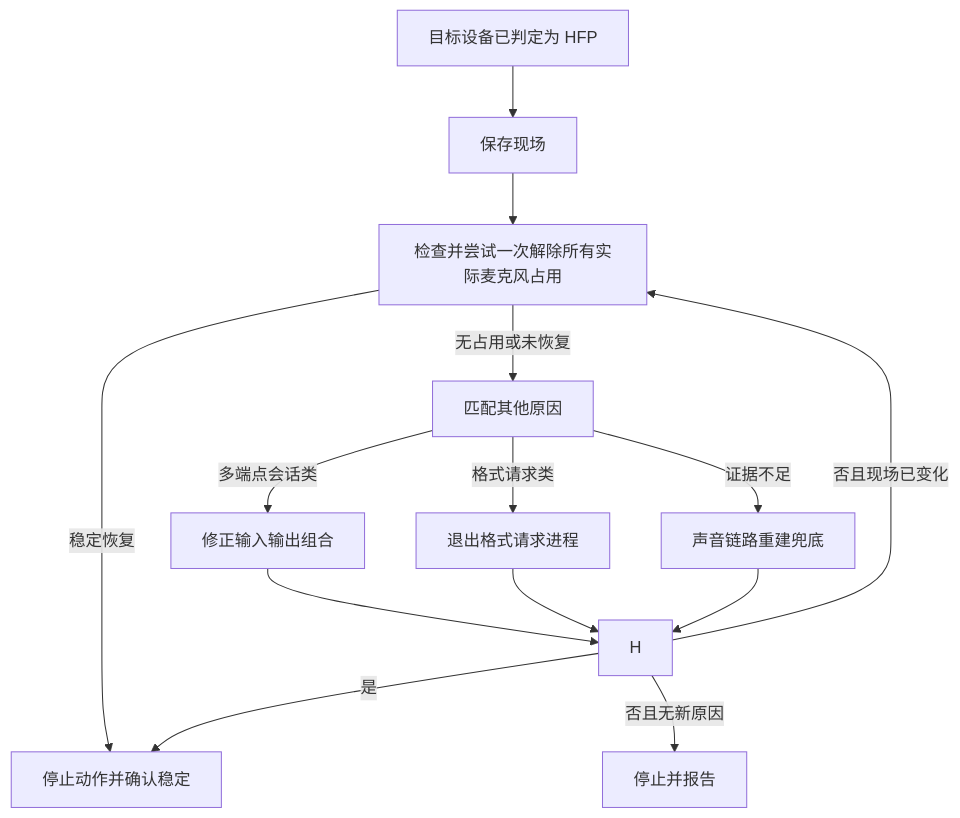
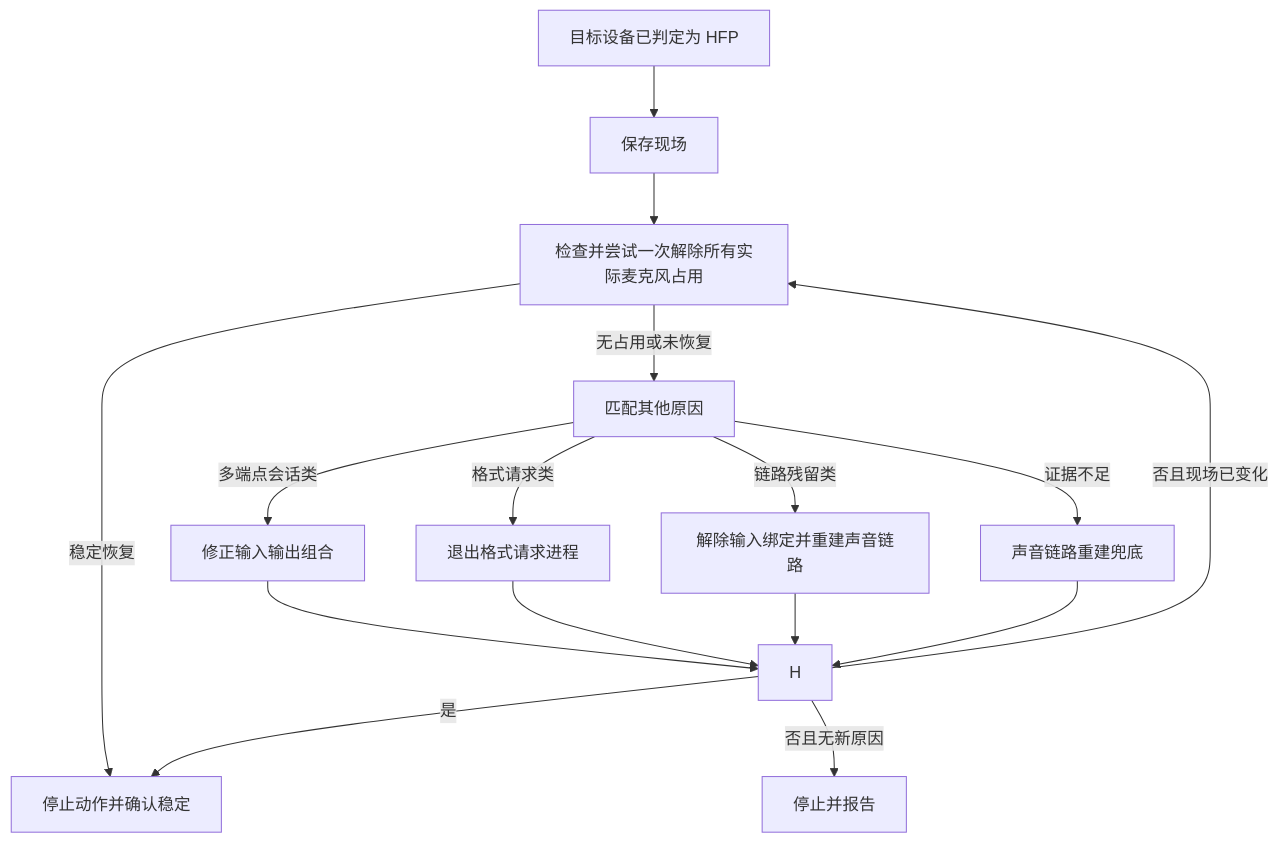
One commit to andy-JustSayWhen/fix-Bluetooth-earphone-audio-problem changed the diagram in reference/SPEC/HFP模式一键修复方案.md. Above: the diagram before and after it, drawn with Mermaid. The commit also changed other lines of this file and 2 other files, not shown here.

````diff
--- a/reference/SPEC/HFP模式一键修复方案.md
+++ b/reference/SPEC/HFP模式一键修复方案.md
@@ -32,16 +32,18 @@
 ```mermaid
 flowchart TD
     A[目标设备已判定为 HFP] --> B[保存现场]
     B --> C[检查并尝试一次解除所有实际麦克风占用]
     C -->|稳定恢复| I[停止动作并确认占用状态]
     C -->|无占用或未恢复| K[匹配其他原因]
     K -->|多端点会话类| E[修正输入输出组合]
     K -->|格式请求类| F[退出格式请求进程]
+    K -->|链路残留类| L[解除输入绑定并重建声音链路]
     K -->|证据不足| G[声音链路重建兜底]
     E --> H
     F --> H
+    L --> H
     G --> H
     H -->|是| I[停止动作并确认稳定]
     H -->|否且现场已变化| C
     H -->|否且无新原因| J[停止并报告]
 ```
````
